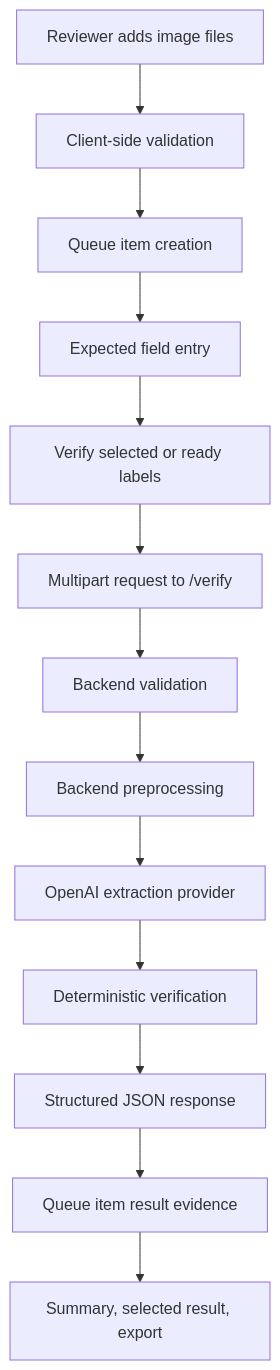
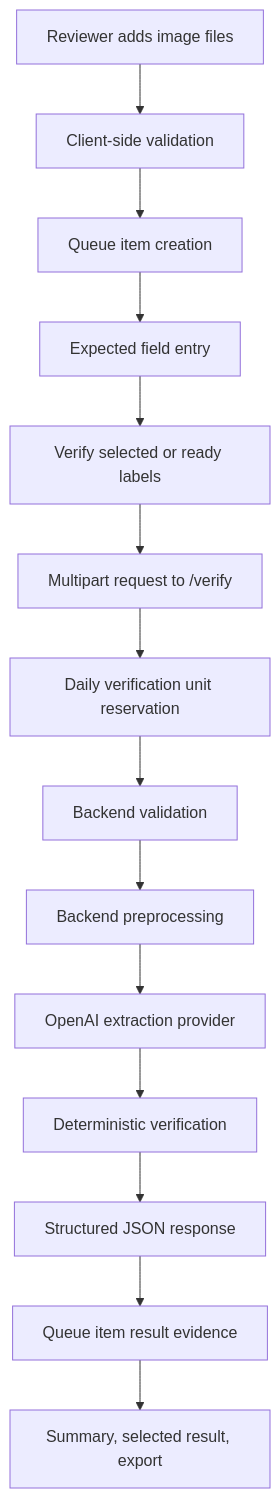
The diagram in docs/architecture/data-flow.md (nicolasgioanni/Compliance-Label-Assistant), drawn with Mermaid before and after one commit. The commit also changed other lines of this file and 41 other files, not shown here.

First line of the commit message:
Add daily verification cap and v2.0.0 footer

````diff
--- a/docs/architecture/data-flow.md
+++ b/docs/architecture/data-flow.md
@@ -5,15 +5,16 @@
 ```mermaid
 flowchart TD
   A[Reviewer adds image files] --> B[Client-side validation]
   B --> C[Queue item creation]
   C --> D[Expected field entry]
   D --> E[Verify selected or ready labels]
   E --> F[Multipart request to /verify]
-  F --> G[Backend validation]
-  G --> H[Backend preprocessing]
-  H --> I[OpenAI extraction provider]
-  I --> J[Deterministic verification]
-  J --> K[Structured JSON response]
-  K --> L[Queue item result evidence]
-  L --> M[Summary, selected result, export]
+  F --> G[Daily verification unit reservation]
+  G --> H[Backend validation]
+  H --> I[Backend preprocessing]
+  I --> J[OpenAI extraction provider]
+  J --> K[Deterministic verification]
+  K --> L[Structured JSON response]
+  L --> M[Queue item result evidence]
+  M --> N[Summary, selected result, export]
 ```
````
